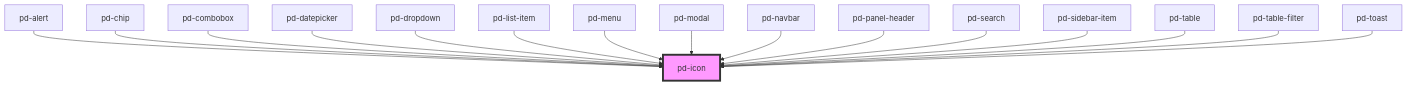
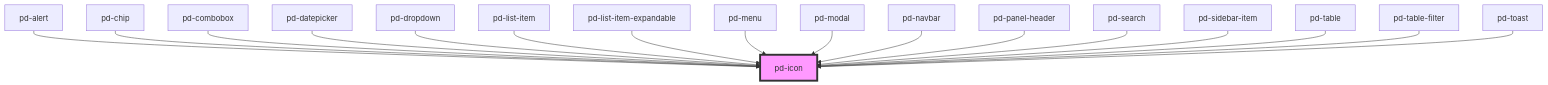
Before and after one commit to Lambda-IT/parlamentsdienste-components: the diagram in src/components/pd-icon/readme.md, drawn with Mermaid. The commit also changed other lines of this file and 15 other files, not shown here.

````diff
--- a/src/components/pd-icon/readme.md
+++ b/src/components/pd-icon/readme.md
@@ -65,19 +67,20 @@
 ```mermaid
 graph TD;
   pd-alert --> pd-icon
   pd-chip --> pd-icon
   pd-combobox --> pd-icon
   pd-datepicker --> pd-icon
   pd-dropdown --> pd-icon
   pd-list-item --> pd-icon
+  pd-list-item-expandable --> pd-icon
   pd-menu --> pd-icon
   pd-modal --> pd-icon
   pd-navbar --> pd-icon
   pd-panel-header --> pd-icon
   pd-search --> pd-icon
   pd-sidebar-item --> pd-icon
   pd-table --> pd-icon
   pd-table-filter --> pd-icon
   pd-toast --> pd-icon
   style pd-icon fill:#f9f,stroke:#333,stroke-width:4px
 ```
````
